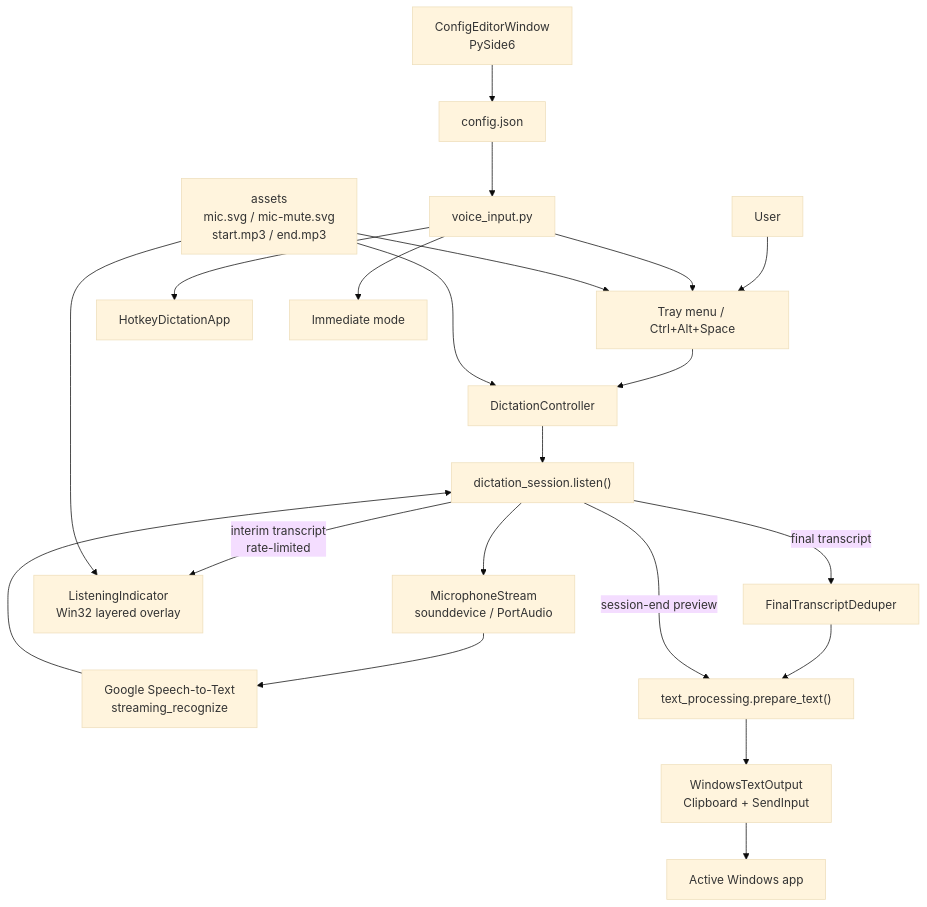
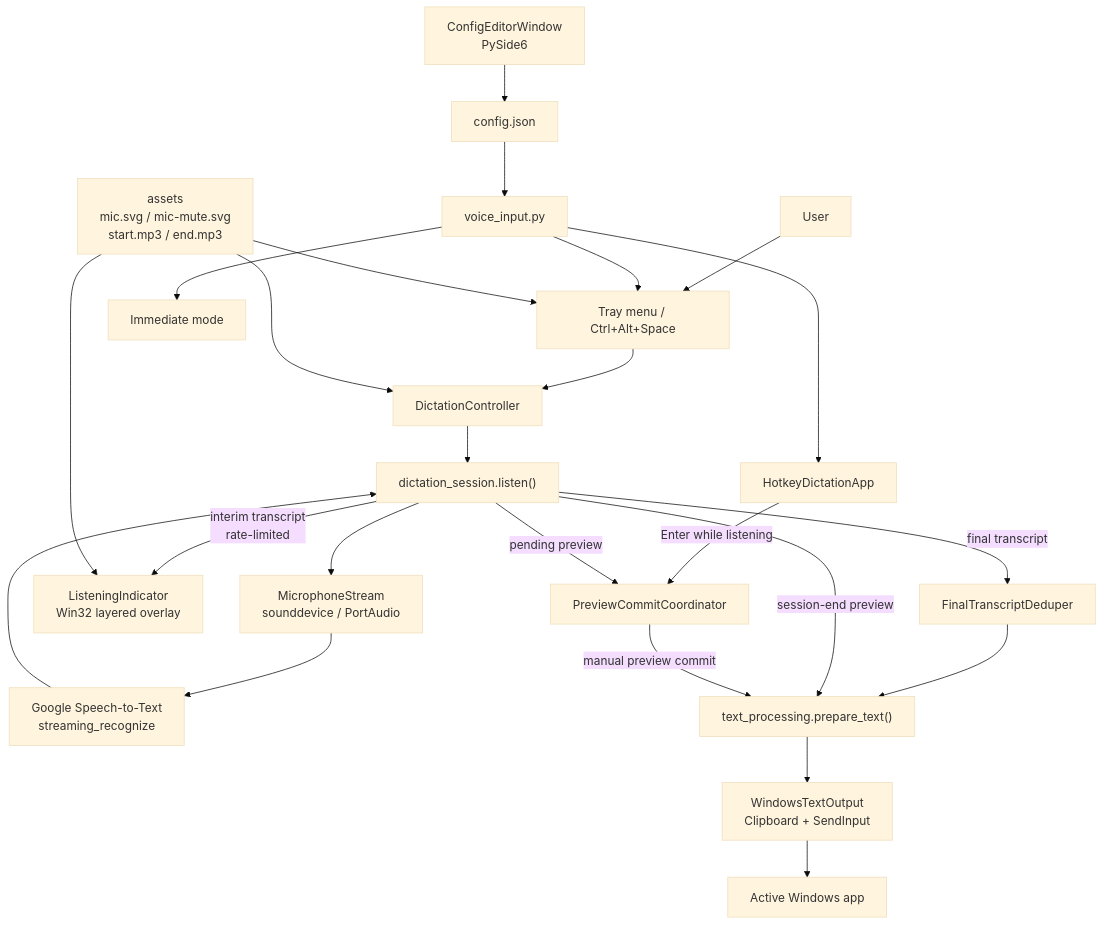
The first of 6 diagrams in docs/TECHNICAL_DOCUMENTATION.md (cocomine/win-voice-input), drawn with Mermaid (base theme) before and after one commit. The commit also changed other lines of this file and 11 other files, not shown here.

Commit message:
feat: implement Enter key preview commit functionality to allow manual pasting of current preview without stopping the session

````diff
--- a/docs/TECHNICAL_DOCUMENTATION.md
+++ b/docs/TECHNICAL_DOCUMENTATION.md
@@ -22,26 +23,29 @@
 ```mermaid
 flowchart TB
     User["User"] --> Tray["Tray menu / Ctrl+Alt+Space"]
     Tray --> Controller["DictationController"]
     Controller --> Session["dictation_session.listen()"]
     Session --> Mic["MicrophoneStream<br/>sounddevice / PortAudio"]
     Mic --> Google["Google Speech-to-Text<br/>streaming_recognize"]
     Google --> Session
 
     Session -- "interim transcript<br/>rate-limited" --> Indicator["ListeningIndicator<br/>Win32 layered overlay"]
+    Hotkey -- "Enter while listening" --> PreviewCommit["PreviewCommitCoordinator"]
+    Session -- "pending preview" --> PreviewCommit
     Session -- "final transcript" --> Deduper["FinalTranscriptDeduper"]
     Deduper --> Processing["text_processing.prepare_text()"]
     Session -- "session-end preview" --> Processing
+    PreviewCommit -- "manual preview commit" --> Processing
     Processing --> Output["WindowsTextOutput<br/>Clipboard + SendInput"]
     Output --> ActiveApp["Active Windows app"]
 
     Settings["ConfigEditorWindow<br/>PySide6"] --> Config["config.json"]
     Config --> Entry["voice_input.py"]
     Entry --> Tray
     Entry --> Hotkey["HotkeyDictationApp"]
     Entry --> Immediate["Immediate mode"]
 
     Assets["assets<br/>mic.svg / mic-mute.svg<br/>start.mp3 / end.mp3"] --> Tray
     Assets --> Controller
     Assets --> Indicator
 ```
````
